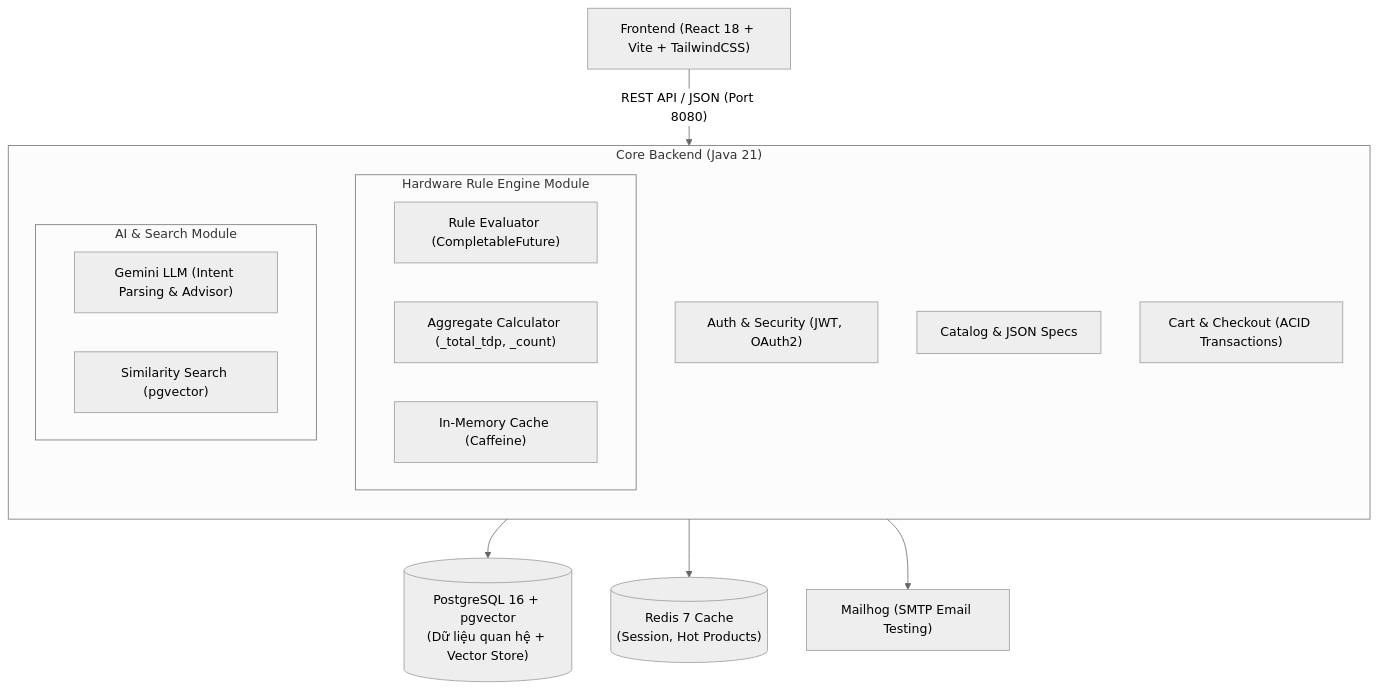
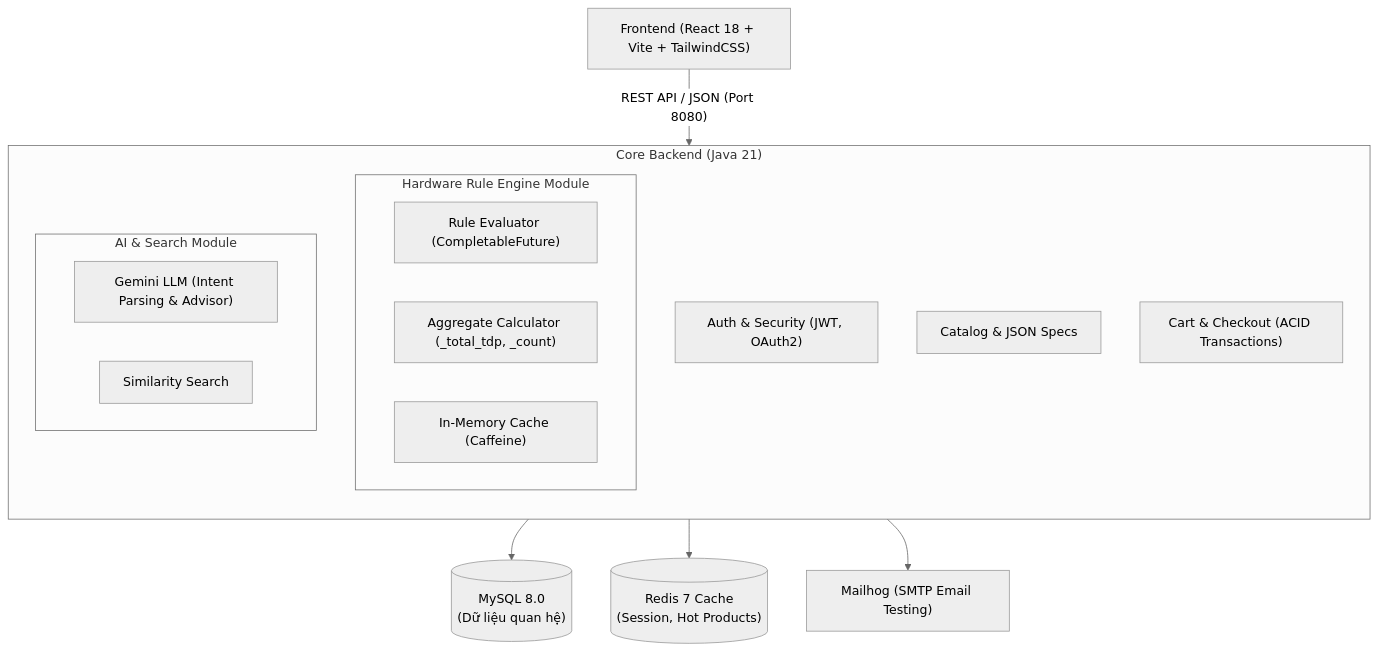
One commit to bankientapcode-1410/9h53 changed the diagram in README.md. Above: the diagram before and after it, drawn with Mermaid (neutral theme). The commit also changed other lines of this file and 15 other files, not shown here.

````diff
--- a/README.md
+++ b/README.md
@@ -20,28 +20,28 @@
 ```mermaid
 flowchart TD
     Client["Frontend (React 18 + Vite + TailwindCSS)"]
     Client -->|"REST API / JSON (Port 8080)"| CoreBackend["Core Backend (Spring Boot Monolith)"]
     
     subgraph CoreBackend ["Core Backend (Java 21)"]
         direction TB
         AuthModule["Auth & Security (JWT, OAuth2)"]
         CatalogModule["Catalog & JSON Specs"]
         
         subgraph RuleEngine ["Hardware Rule Engine Module"]
             Evaluator["Rule Evaluator (CompletableFuture)"]
             Aggregator["Aggregate Calculator (_total_tdp, _count)"]
             Cache["In-Memory Cache (Caffeine)"]
         end
 
         subgraph AIModule ["AI & Search Module"]
             GeminiClient["Gemini LLM (Intent Parsing & Advisor)"]
-            VectorSearch["Similarity Search (pgvector)"]
+            VectorSearch["Similarity Search"]
         end
 
         OrderModule["Cart & Checkout (ACID Transactions)"]
     end
 
-    CoreBackend --> PostgreSQL[("PostgreSQL 16 + pgvector\n(Dữ liệu quan hệ + Vector Store)")]
+    CoreBackend --> MySQL[("MySQL 8.0\n(Dữ liệu quan hệ)")]
     CoreBackend --> Redis[("Redis 7 Cache\n(Session, Hot Products)")]
     CoreBackend --> Mailhog["Mailhog (SMTP Email Testing)"]
 ```
````
